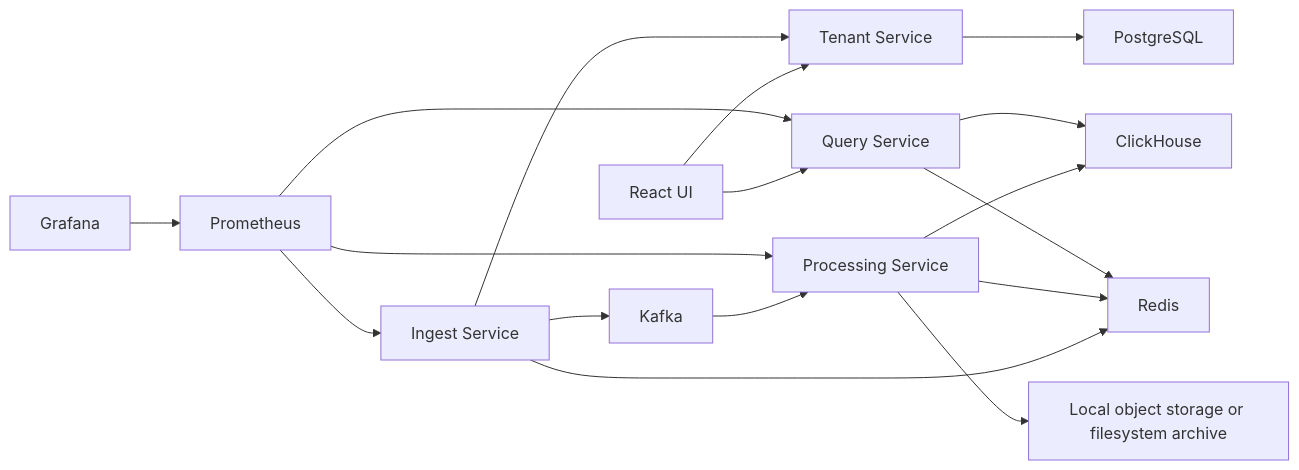
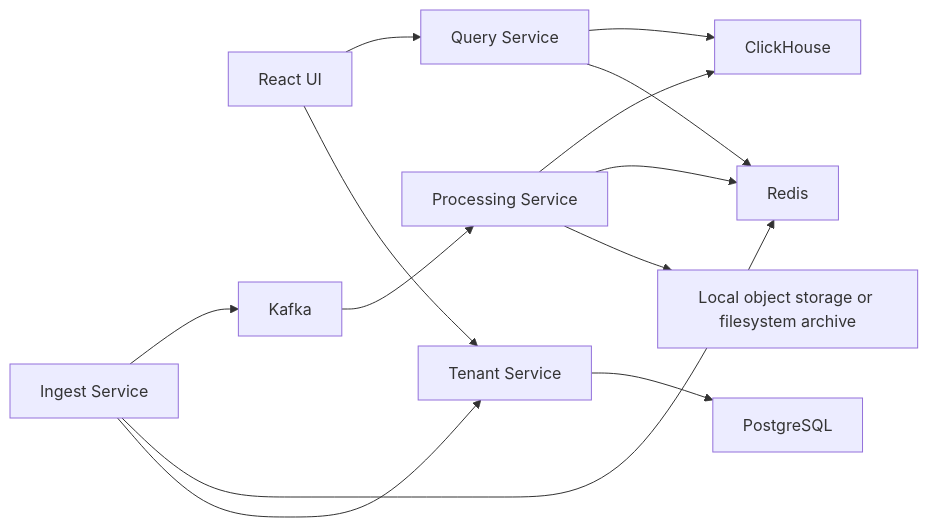
Before and after one commit to Avv123/Multi-Tenant-Observability-Platform: the diagram in docs/06-local-development/README.md, drawn with Mermaid. The commit also changed other lines of this file and 25 other files, not shown here.

````diff
--- a/docs/06-local-development/README.md
+++ b/docs/06-local-development/README.md
@@ -31,19 +32,15 @@
 ```mermaid
 flowchart LR
 UI[React UI] --> QRY[Query Service]
 UI --> TEN[Tenant Service]
 TEN --> PG[PostgreSQL]
 ING[Ingest Service] --> K[Kafka]
 ING --> R[Redis]
 ING --> TEN
 K --> PROC[Processing Service]
 PROC --> CH[ClickHouse]
 PROC --> R
 PROC --> S3M[Local object storage or filesystem archive]
 QRY --> CH
 QRY --> R
-PROM[Prometheus] --> ING
-PROM --> PROC
-PROM --> QRY
-GRAF[Grafana] --> PROM
 ```
````
